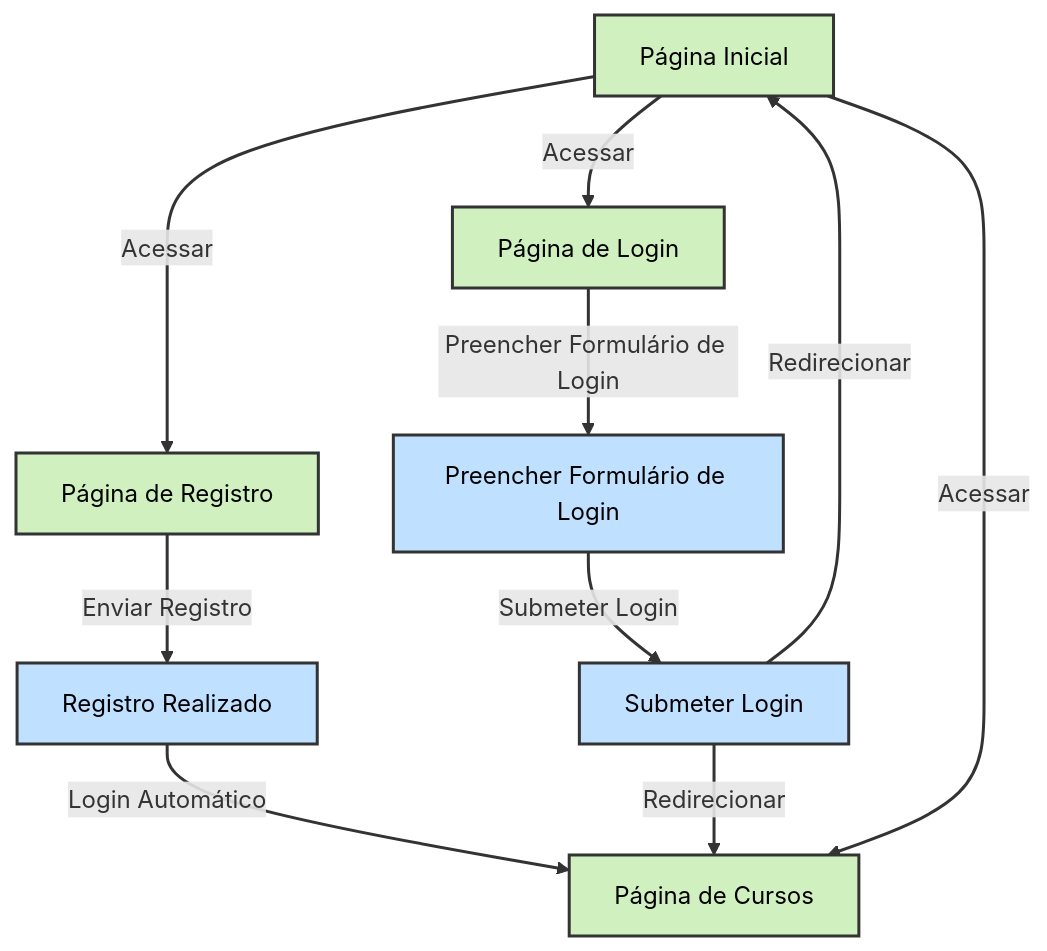
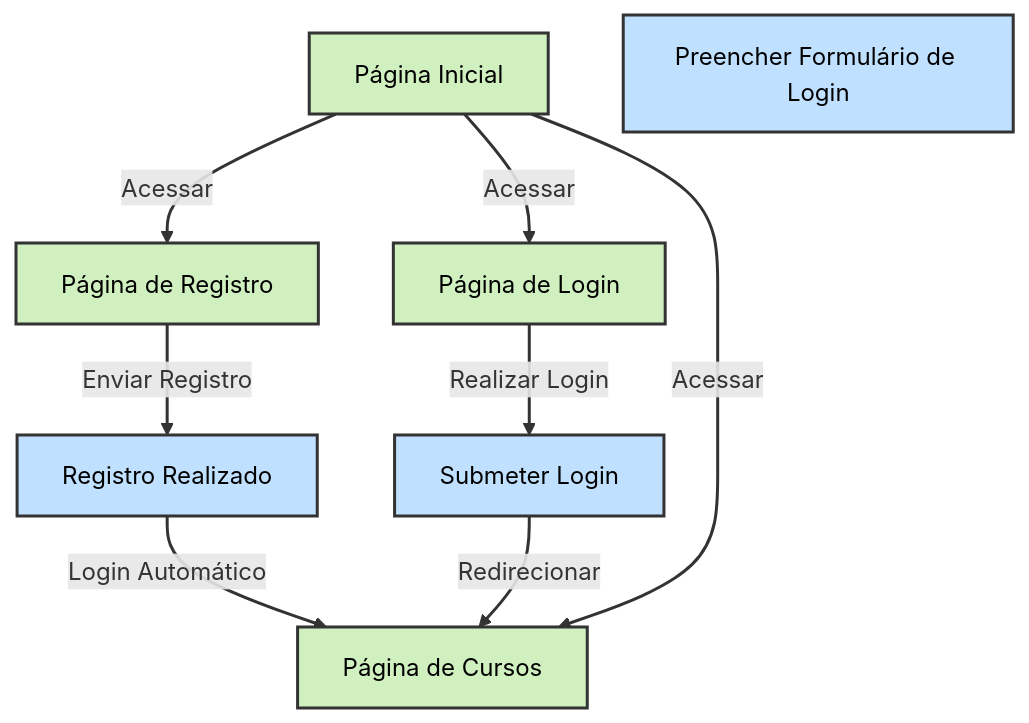
Before and after one commit to Paiva8859/PlataformaEAD: the fifth of 7 diagrams in README.md, drawn with Mermaid.

````diff
--- a/README.md
+++ b/README.md
@@ -125,38 +125,36 @@
 ```mermaid
 flowchart TD
     %% Definindo as Páginas como Ações
     P1[Página Inicial]
     P2[Página de Registro]
     P3[Página de Login]
     P4[Página de Cursos]
 
     %% Definindo as Ações e Transições
     A4[Registro Realizado]
 
     A8[Preencher Formulário de Login]
     A9[Submeter Login]
 
     %% Fluxo de Registro
     P1 -->|Acessar| P2
     P2 -->|Enviar Registro| A4
     A4 -->|Login Automático| P4
 
     %% Fluxo de Login
     P1 -->|Acessar| P3
-    P3 -->|Preencher Formulário de Login| A8
-    A8 -->|Submeter Login| A9
-    A9 -->|Redirecionar| P1
+    P3 -->|Realizar Login| A9
     A9 -->|Redirecionar| P4
 
     %% Fluxo de Visualização de Cursos
     P1 -->|Acessar| P4
 
     %% Estilizando as Ações e Transições
     classDef page fill:#d0f0c0,stroke:#333,stroke-width:2px,color:#000;
     classDef action fill:#c0e0ff,stroke:#333,stroke-width:2px,color:#000;
     class P1,P2,P3,P4 page;
     class A1,A2,A3,A4,A5,A6,A7,A8,A9,A10,A11 action;
 
     %% Estilizando as Conexões
     linkStyle default stroke:#333,stroke-width:2px;
 ```
````
